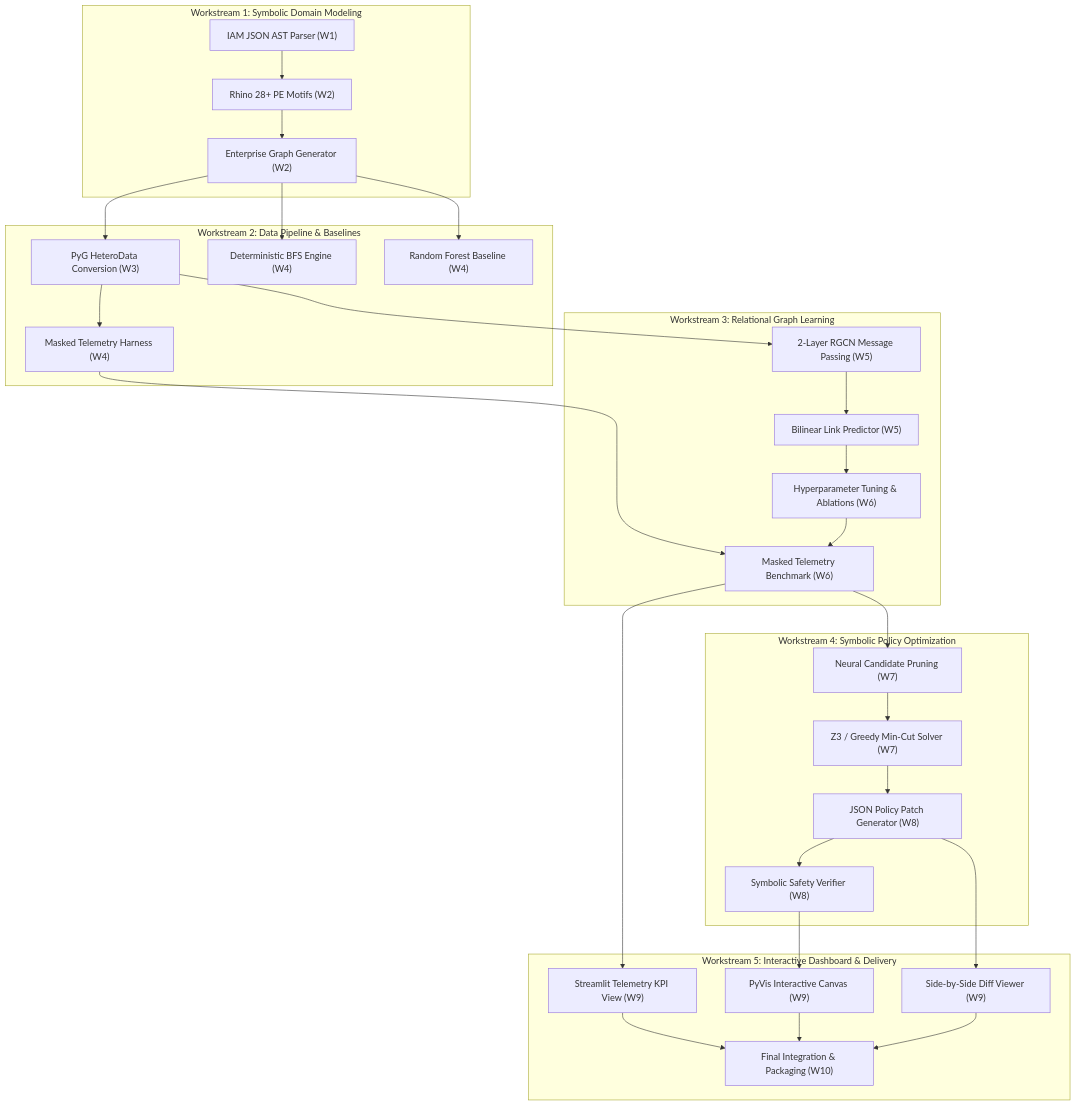
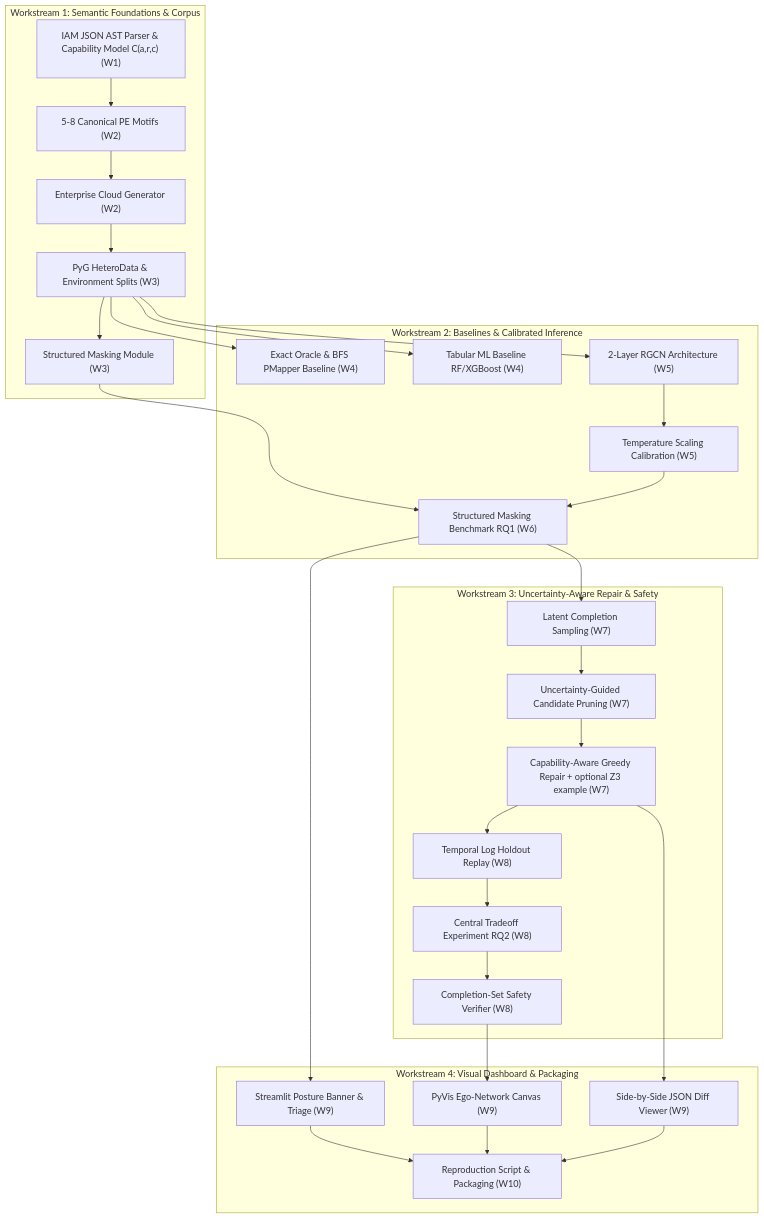
Before and after one commit to DukeTheOne/IAM_GNN: the diagram in blueprint.md, drawn with Mermaid. The commit also changed other lines of this file and 26 other files, not shown here.

Commit message:
initialize repository structure with IAM policy parser and configuration files

````diff
--- a/blueprint.md
+++ b/blueprint.md
@@ -430,36 +391,32 @@
 ```mermaid
 flowchart TD
-    subgraph WS1["Workstream 1: Symbolic Domain Modeling"]
-        A1["IAM JSON AST Parser (W1)"] --> A2["Rhino 28+ PE Motifs (W2)"]
-        A2 --> A3["Enterprise Graph Generator (W2)"]
+    subgraph WS1["Workstream 1: Semantic Foundations & Corpus"]
+        A1["IAM JSON AST Parser & Capability Model C(a,r,c) (W1)"] --> A2["5-8 Canonical PE Motifs (W2)"]
+        A2 --> A3["Enterprise Cloud Generator (W2)"]
+        A3 --> A4["PyG HeteroData & Environment Splits (W3)"]
+        A4 --> A5["Structured Masking Module (W3)"]
     end
 
-    subgraph WS2["Workstream 2: Data Pipeline & Baselines"]
-        A3 --> B1["PyG HeteroData Conversion (W3)"]
-        A3 --> B2["Deterministic BFS Engine (W4)"]
-        A3 --> B3["Random Forest Baseline (W4)"]
-        B1 --> B4["Masked Telemetry Harness (W4)"]
+    subgraph WS2["Workstream 2: Baselines & Calibrated Inference"]
+        A4 --> B1["Exact Oracle & BFS PMapper Baseline (W4)"]
+        A4 --> B2["Tabular ML Baseline RF/XGBoost (W4)"]
+        A4 --> B3["2-Layer RGCN Architecture (W5)"]
+        B3 --> B4["Temperature Scaling Calibration (W5)"]
+        A5 & B4 --> B5["Structured Masking Benchmark RQ1 (W6)"]
     end
 
-    subgraph WS3["Workstream 3: Relational Graph Learning"]
-        B1 --> C1["2-Layer RGCN Message Passing (W5)"]
-        C1 --> C2["Bilinear Link Predictor (W5)"]
-        C2 --> C3["Hyperparameter Tuning & Ablations (W6)"]
-        B4 --> C4["Masked Telemetry Benchmark (W6)"]
-        C3 --> C4
+    subgraph WS3["Workstream 3: Uncertainty-Aware Repair & Safety"]
+        B5 --> C0["Latent Completion Sampling (W7)"] --> C1["Uncertainty-Guided Candidate Pruning (W7)"]
+        C1 --> C2["Capability-Aware Greedy Repair + optional Z3 example (W7)"]
+        C2 --> C3["Temporal Log Holdout Replay (W8)"]
+        C3 --> C4["Central Tradeoff Experiment RQ2 (W8)"]
+        C4 --> C5["Completion-Set Safety Verifier (W8)"]
     end
 
-    subgraph WS4["Workstream 4: Symbolic Policy Optimization"]
-        C4 --> D1["Neural Candidate Pruning (W7)"]
-        D1 --> D2["Z3 / Greedy Min-Cut Solver (W7)"]
-        D2 --> D3["JSON Policy Patch Generator (W8)"]
-        D3 --> D4["Symbolic Safety Verifier (W8)"]
-    end
-
-    subgraph WS5["Workstream 5: Interactive Dashboard & Delivery"]
-        C4 --> E1["Streamlit Telemetry KPI View (W9)"]
-        D4 --> E2["PyVis Interactive Canvas (W9)"]
-        D3 --> E3["Side-by-Side Diff Viewer (W9)"]
-        E1 & E2 & E3 --> E4["Final Integration & Packaging (W10)"]
+    subgraph WS4["Workstream 4: Visual Dashboard & Packaging"]
+        B5 --> D1["Streamlit Posture Banner & Triage (W9)"]
+        C5 --> D2["PyVis Ego-Network Canvas (W9)"]
+        C2 --> D3["Side-by-Side JSON Diff Viewer (W9)"]
+        D1 & D2 & D3 --> D4["Reproduction Script & Packaging (W10)"]
     end
 ```
````
